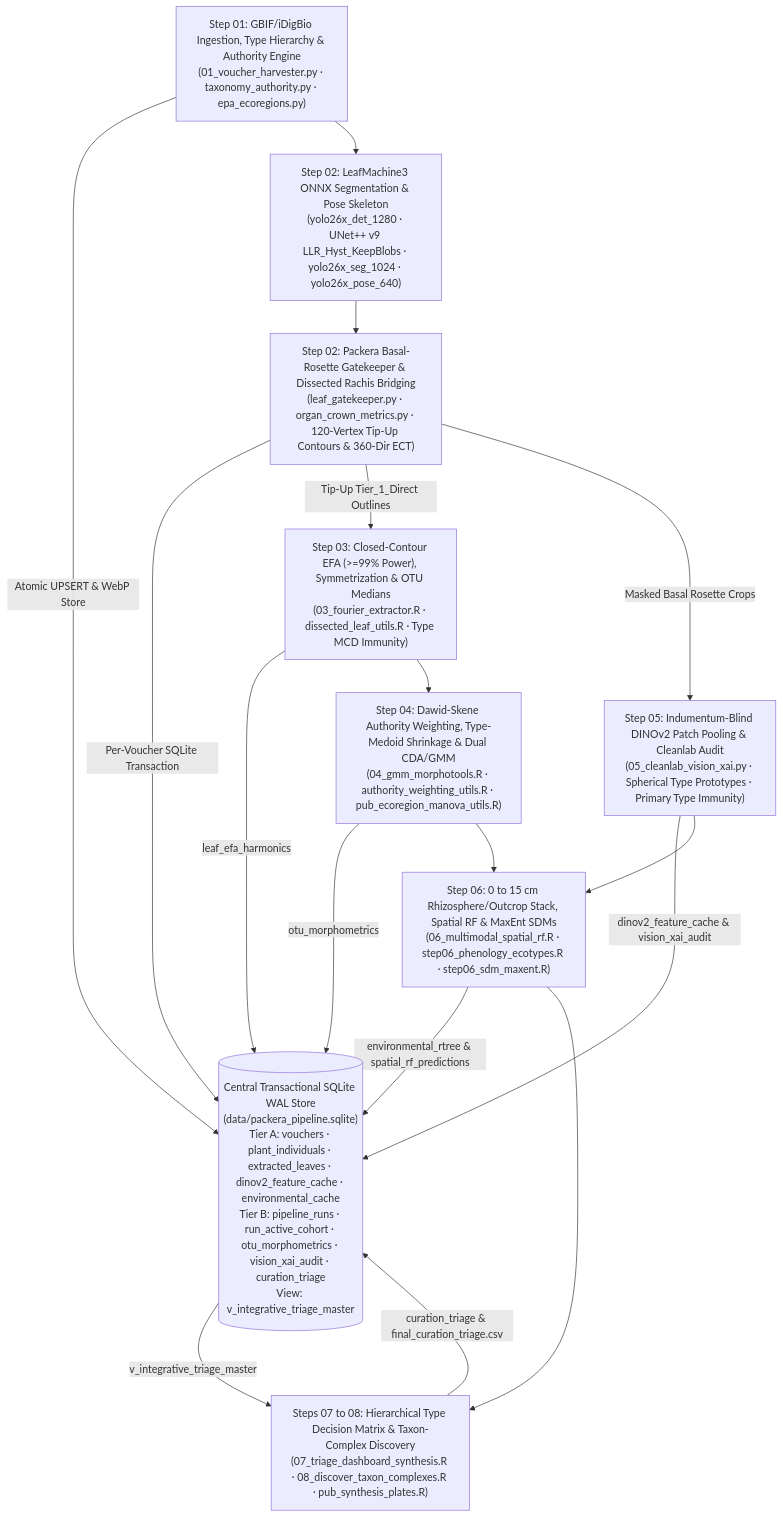
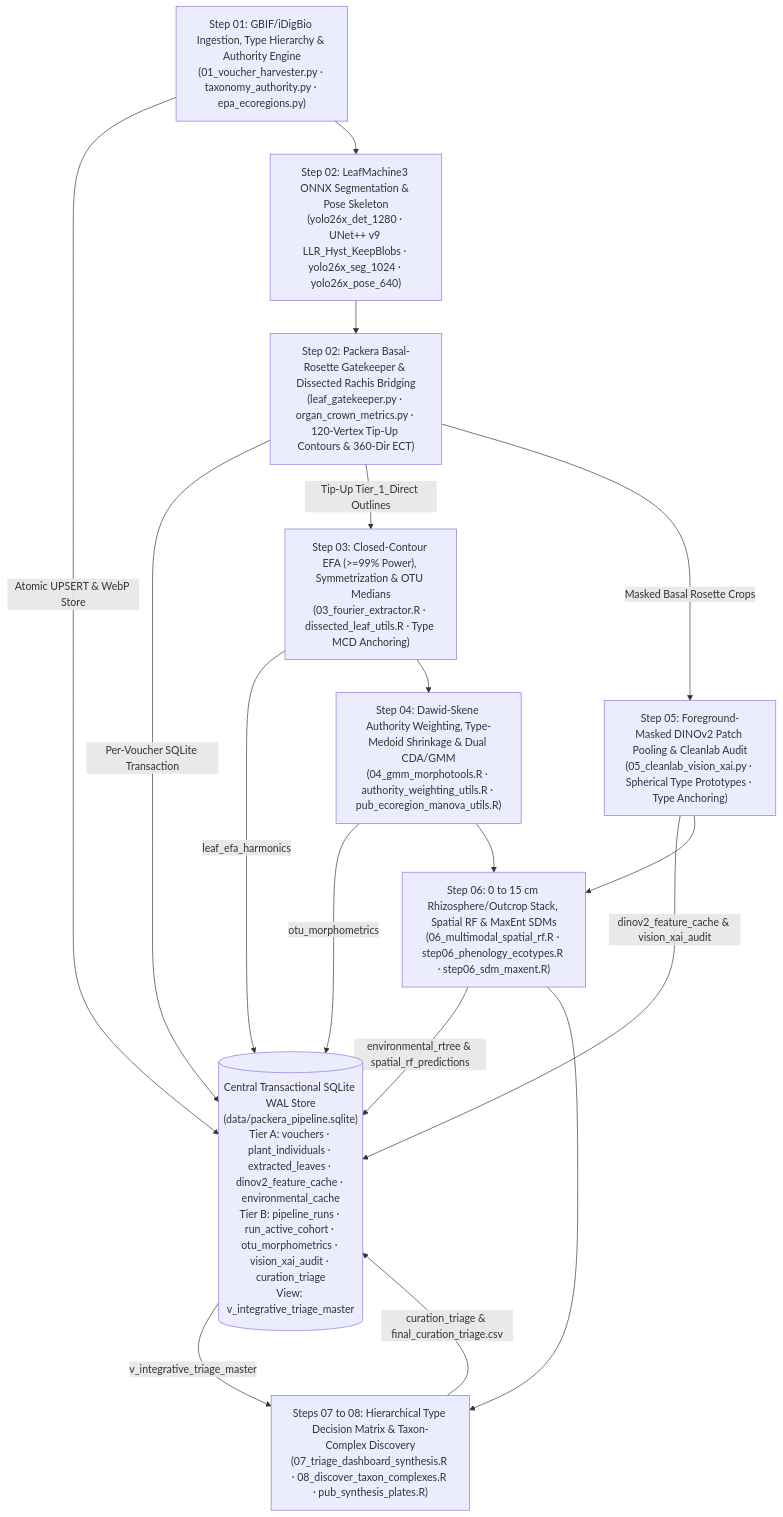
Before and after one commit to Plantatsrophe/Packera_dubia_morphometrics: the diagram in README.md, drawn with Mermaid. The commit also changed other lines of this file and 5 other files, not shown here.

````diff
--- a/README.md
+++ b/README.md
@@ -46,20 +44,20 @@
 ```mermaid
 flowchart TD
     DB[("Central Transactional SQLite WAL Store\n(data/packera_pipeline.sqlite)\nTier A: vouchers · plant_individuals · extracted_leaves · dinov2_feature_cache · environmental_cache\nTier B: pipeline_runs · run_active_cohort · otu_morphometrics · vision_xai_audit · curation_triage\nView: v_integrative_triage_master")]
 
     B1["Step 01: GBIF/iDigBio Ingestion, Type Hierarchy & Authority Engine\n(01_voucher_harvester.py · taxonomy_authority.py · epa_ecoregions.py)"] -->|"Atomic UPSERT & WebP Store"| DB
     B1 --> B2["Step 02: LeafMachine3 ONNX Segmentation & Pose Skeleton\n(yolo26x_det_1280 · UNet++ v9 LLR_Hyst_KeepBlobs · yolo26x_seg_1024 · yolo26x_pose_640)"]
     B2 --> B3["Step 02: Packera Basal-Rosette Gatekeeper & Dissected Rachis Bridging\n(leaf_gatekeeper.py · organ_crown_metrics.py · 120-Vertex Tip-Up Contours & 360-Dir ECT)"]
     B3 -->|"Per-Voucher SQLite Transaction"| DB
-    B3 -->|"Tip-Up Tier_1_Direct Outlines"| B4["Step 03: Closed-Contour EFA (>=99% Power), Symmetrization & OTU Medians\n(03_fourier_extractor.R · dissected_leaf_utils.R · Type MCD Immunity)"]
+    B3 -->|"Tip-Up Tier_1_Direct Outlines"| B4["Step 03: Closed-Contour EFA (>=99% Power), Symmetrization & OTU Medians\n(03_fourier_extractor.R · dissected_leaf_utils.R · Type MCD Anchoring)"]
     B4 -->|"leaf_efa_harmonics"| DB
     B4 --> B5["Step 04: Dawid-Skene Authority Weighting, Type-Medoid Shrinkage & Dual CDA/GMM\n(04_gmm_morphotools.R · authority_weighting_utils.R · pub_ecoregion_manova_utils.R)"]
     B5 -->|"otu_morphometrics"| DB
-    B3 -->|"Masked Basal Rosette Crops"| B6["Step 05: Indumentum-Blind DINOv2 Patch Pooling & Cleanlab Audit\n(05_cleanlab_vision_xai.py · Spherical Type Prototypes · Primary Type Immunity)"]
+    B3 -->|"Masked Basal Rosette Crops"| B6["Step 05: Foreground-Masked DINOv2 Patch Pooling & Cleanlab Audit\n(05_cleanlab_vision_xai.py · Spherical Type Prototypes · Type Anchoring)"]
     B6 -->|"dinov2_feature_cache & vision_xai_audit"| DB
     B5 & B6 --> B7["Step 06: 0 to 15 cm Rhizosphere/Outcrop Stack, Spatial RF & MaxEnt SDMs\n(06_multimodal_spatial_rf.R · step06_phenology_ecotypes.R · step06_sdm_maxent.R)"]
     B7 -->|"environmental_rtree & spatial_rf_predictions"| DB
     B7 --> B8["Steps 07 to 08: Hierarchical Type Decision Matrix & Taxon-Complex Discovery\n(07_triage_dashboard_synthesis.R · 08_discover_taxon_complexes.R · pub_synthesis_plates.R)"]
     DB -->|"v_integrative_triage_master"| B8
     B8 -->|"curation_triage & final_curation_triage.csv"| DB
 ```
````
